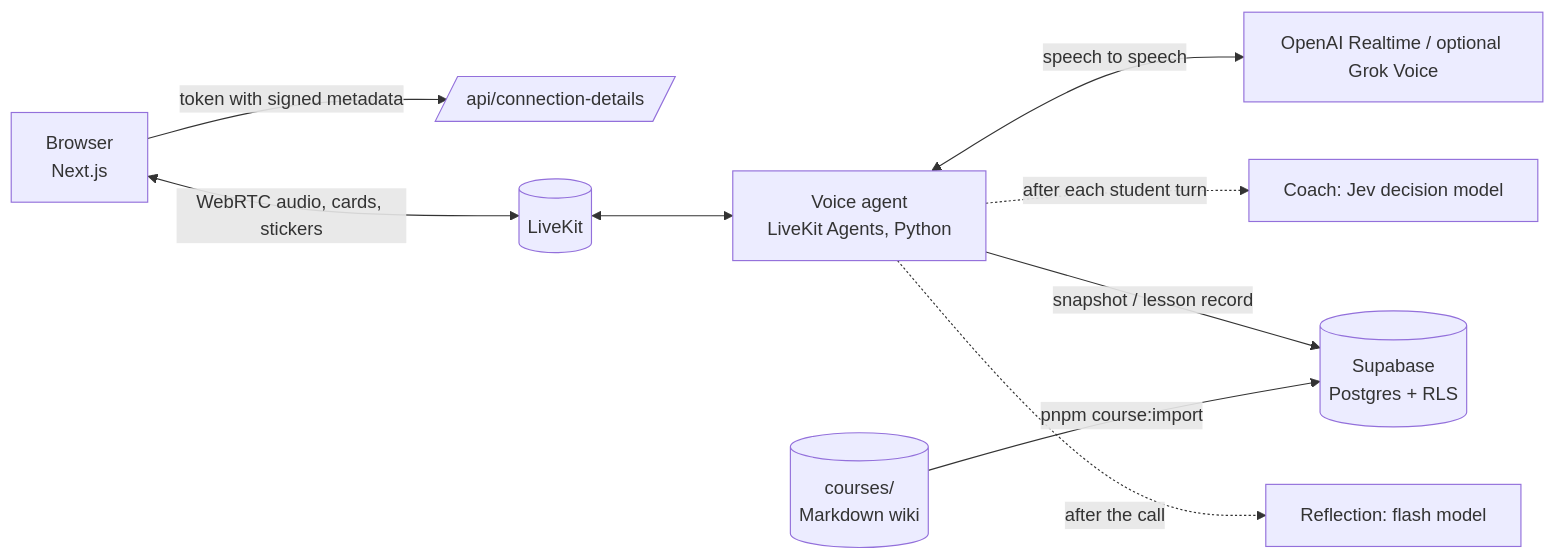
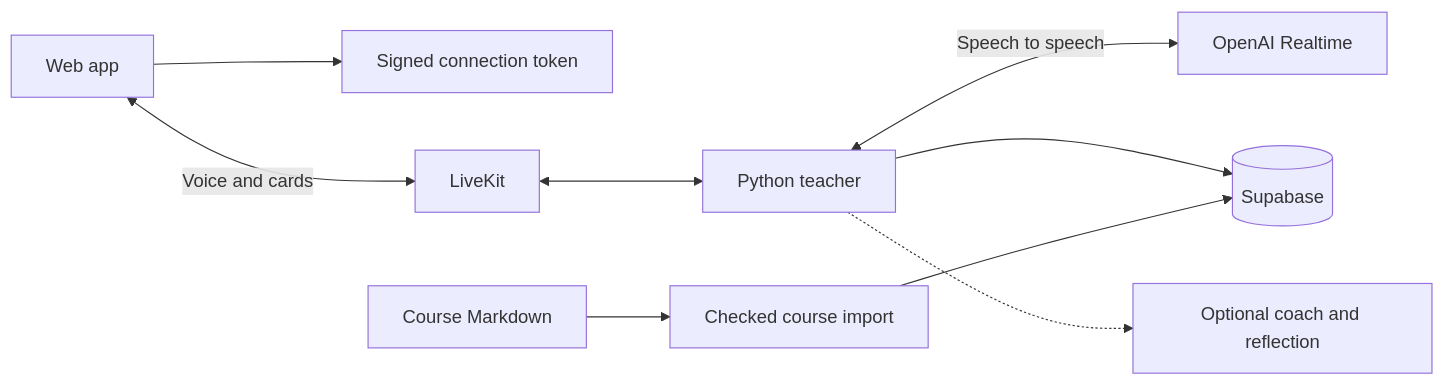
One commit to Noxr3/Speakwow changed the diagram in README.md. Above: the diagram before and after it, drawn with Mermaid. The commit also changed other lines of this file and 35 other files, not shown here.

````diff
--- a/README.md
+++ b/README.md
@@ -48,11 +130,11 @@
 ```mermaid
 flowchart LR
-  B[Browser<br/>Next.js] -- token with signed metadata --> W[/api/connection-details/]
-  B <-- WebRTC audio, cards, stickers --> L[(LiveKit)]
-  L <--> A[Voice agent<br/>LiveKit Agents, Python]
-  A <-- speech to speech --> M[OpenAI Realtime / optional Grok Voice]
-  A -. after each student turn .-> C[Coach: Jev decision model]
-  A -- snapshot / lesson record --> S[(Supabase<br/>Postgres + RLS)]
-  A -. after the call .-> R[Reflection: flash model]
-  D[(courses/<br/>Markdown wiki)] -- pnpm course:import --> S
+  Browser[Web app] --> Token[Signed connection token]
+  Browser <-->|Voice and cards| LiveKit[LiveKit]
+  LiveKit <--> Teacher[Python teacher]
+  Teacher <-->|Speech to speech| Realtime[OpenAI Realtime]
+  Teacher --> Memory[(Supabase)]
+  Teacher -.-> Coach[Optional coach and reflection]
+  Courses[Course Markdown] --> Import[Checked course import]
+  Import --> Memory
 ```
````
